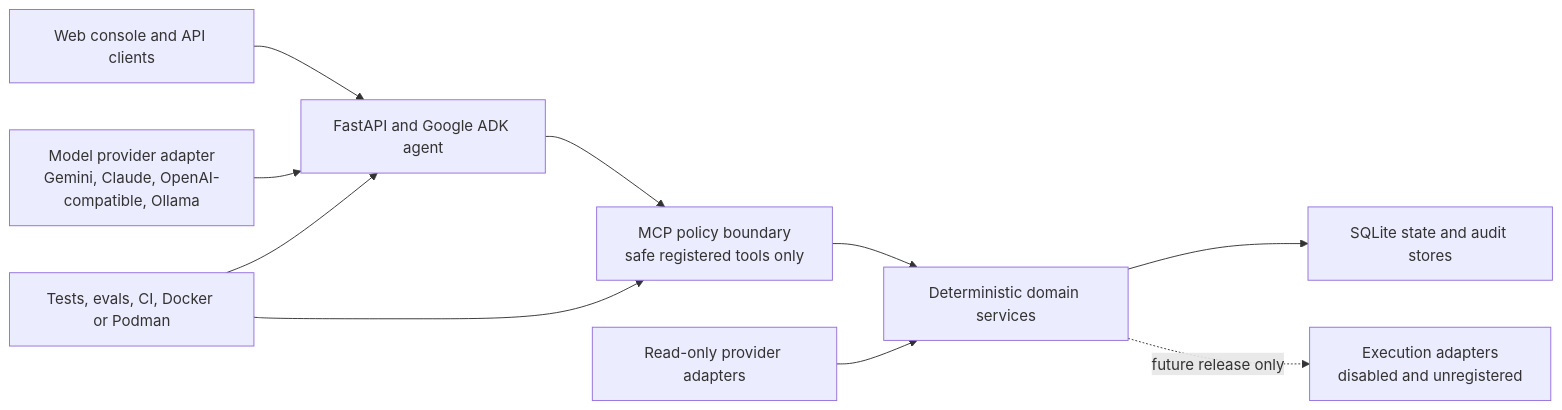
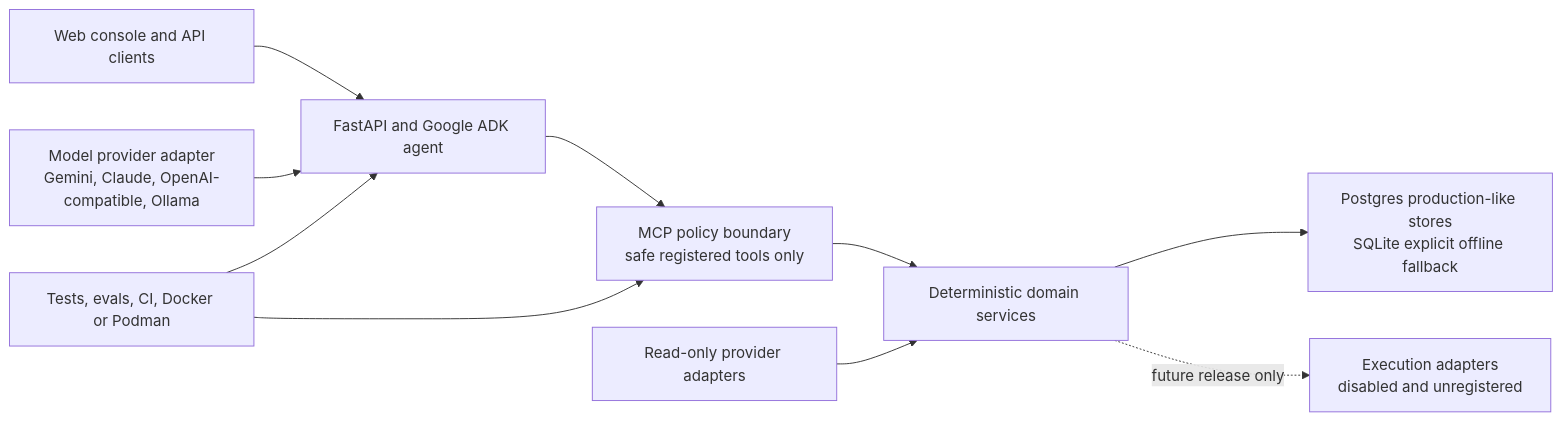
The first of 2 diagrams in docs/architecture/README.md (vinay-raghavan/portfolio-management-agentic), drawn with Mermaid before and after one commit. The commit also changed other lines of this file and 6 other files, not shown here.

````diff
--- a/docs/architecture/README.md
+++ b/docs/architecture/README.md
@@ -27,12 +27,12 @@
 ```mermaid
 flowchart LR
     U["Web console and API clients"] --> A["FastAPI and Google ADK agent"]
     M["Model provider adapter<br/>Gemini, Claude, OpenAI-compatible, Ollama"] --> A
     A --> P["MCP policy boundary<br/>safe registered tools only"]
     P --> D["Deterministic domain services"]
     R["Read-only provider adapters"] --> D
-    D --> S["SQLite state and audit stores"]
+    D --> S["Postgres production-like stores<br/>SQLite explicit offline fallback"]
     E["Tests, evals, CI, Docker or Podman"] --> A
     E --> P
     D -. "future release only" .-> X["Execution adapters<br/>disabled and unregistered"]
 ```
````
